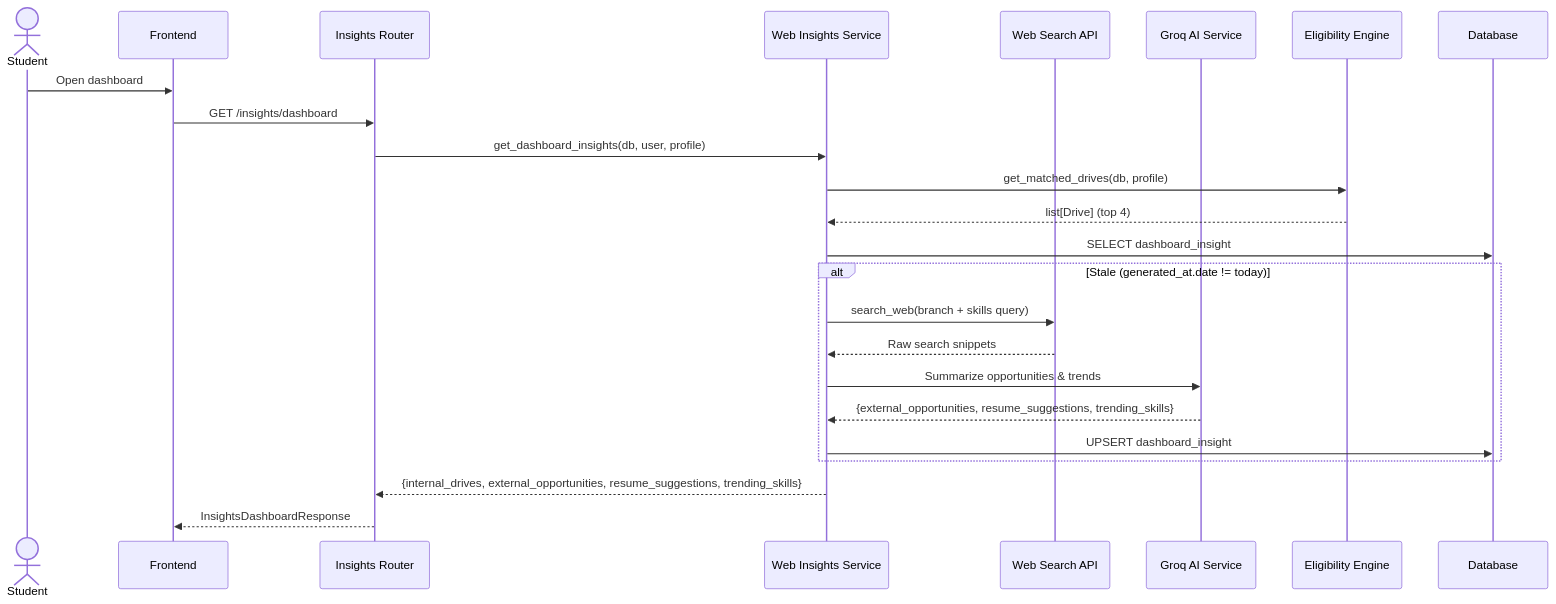
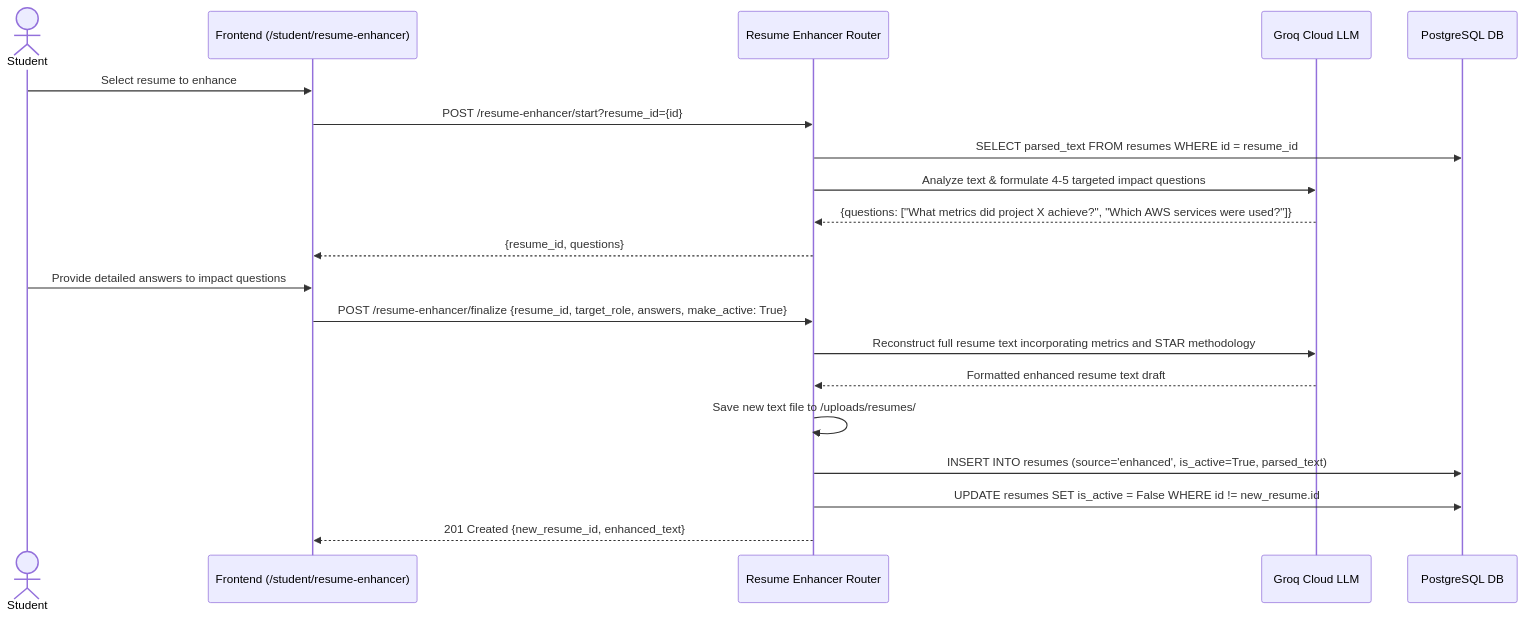
Diagram 20 of 39 in info.md (prathamraval33/7th-sem-project), drawn with Mermaid before and after one commit. The commit also changed other lines of this file and 11 other files, not shown here.

````diff
--- a/info.md
+++ b/info.md
@@ -1370,27 +2545,24 @@
 ```mermaid
 sequenceDiagram
     actor Student
-    participant FE as Frontend
-    participant InsightsRouter as Insights Router
-    participant WebInsights as Web Insights Service
-    participant Search as Web Search API
-    participant Groq as Groq AI Service
-    participant Engine as Eligibility Engine
-    participant DB as Database
+    participant FE as Frontend (/student/resume-enhancer)
+    participant Enhancer as Resume Enhancer Router
+    participant Groq as Groq Cloud LLM
+    participant DB as PostgreSQL DB
 
-    Student->>FE: Open dashboard
-    FE->>InsightsRouter: GET /insights/dashboard
-    InsightsRouter->>WebInsights: get_dashboard_insights(db, user, profile)
-    WebInsights->>Engine: get_matched_drives(db, profile)
-    Engine-->>WebInsights: list[Drive] (top 4)
-    WebInsights->>DB: SELECT dashboard_insight
-    alt Stale (generated_at.date != today)
-        WebInsights->>Search: search_web(branch + skills query)
-        Search-->>WebInsights: Raw search snippets
-        WebInsights->>Groq: Summarize opportunities & trends
-        Groq-->>WebInsights: {external_opportunities, resume_suggestions, trending_skills}
-        WebInsights->>DB: UPSERT dashboard_insight
-    end
-    WebInsights-->>InsightsRouter: {internal_drives, external_opportunities, resume_suggestions, trending_skills}
-    InsightsRouter-->>FE: InsightsDashboardResponse
+    Student->>FE: Select resume to enhance
+    FE->>Enhancer: POST /resume-enhancer/start?resume_id={id}
+    Enhancer->>DB: SELECT parsed_text FROM resumes WHERE id = resume_id
+    Enhancer->>Groq: Analyze text & formulate 4-5 targeted impact questions
+    Groq-->>Enhancer: {questions: ["What metrics did project X achieve?", "Which AWS services were used?"]}
+    Enhancer-->>FE: {resume_id, questions}
+
+    Student->>FE: Provide detailed answers to impact questions
+    FE->>Enhancer: POST /resume-enhancer/finalize {resume_id, target_role, answers, make_active: True}
+    Enhancer->>Groq: Reconstruct full resume text incorporating metrics and STAR methodology
+    Groq-->>Enhancer: Formatted enhanced resume text draft
+    Enhancer->>Enhancer: Save new text file to /uploads/resumes/
+    Enhancer->>DB: INSERT INTO resumes (source='enhanced', is_active=True, parsed_text)
+    Enhancer->>DB: UPDATE resumes SET is_active = False WHERE id != new_resume.id
+    Enhancer-->>FE: 201 Created {new_resume_id, enhanced_text}
 ```
````
